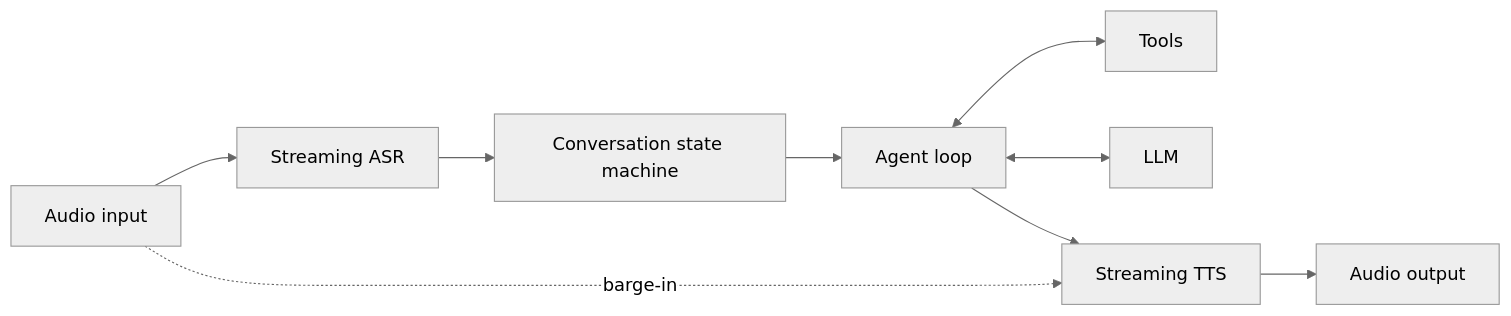
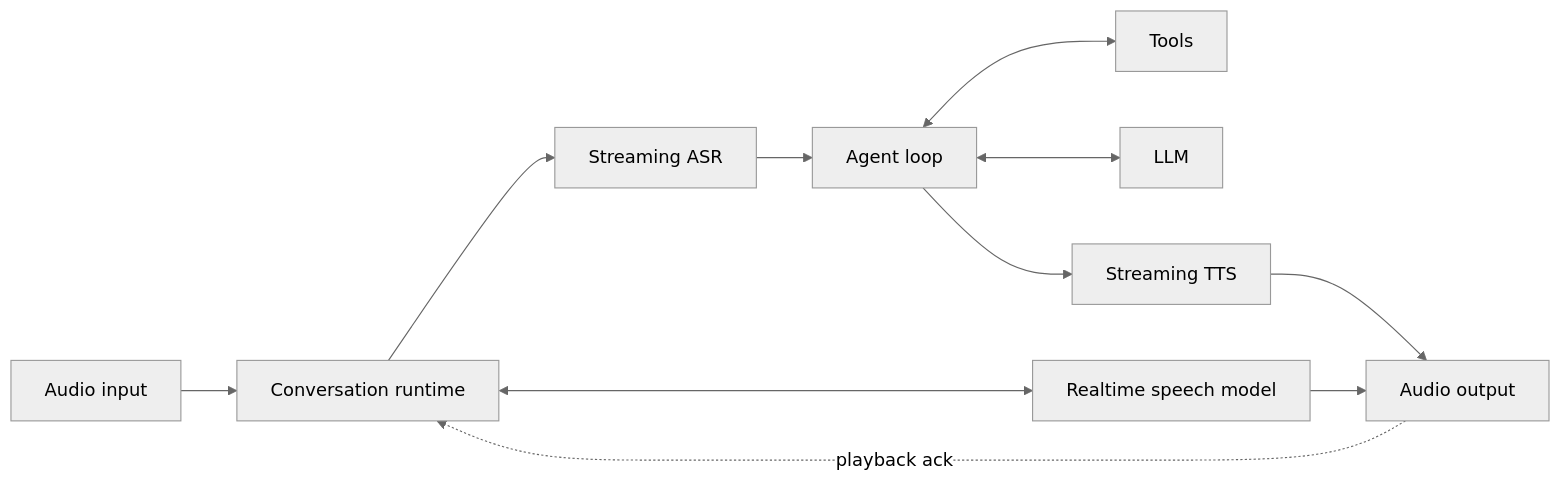
One commit to lifengqing-bp/RealFlow changed the diagram in README.md. Above: the diagram before and after it, drawn with Mermaid (neutral theme). The commit also changed other lines of this file and 23 other files, not shown here.

````diff
--- a/README.md
+++ b/README.md
@@ -10,11 +14,13 @@
 ```mermaid
 flowchart LR
-  A[Audio input] --> B[Streaming ASR]
-  B --> C[Conversation state machine]
-  C --> D[Agent loop]
+  A[Audio input] --> C[Conversation runtime]
+  C --> B[Streaming ASR]
+  B --> D[Agent loop]
   D <--> E[Tools]
   D <--> F[LLM]
   D --> G[Streaming TTS]
   G --> H[Audio output]
-  A -. barge-in .-> G
+  C <--> R[Realtime speech model]
+  R --> H
+  H -. playback ack .-> C
 ```
````
